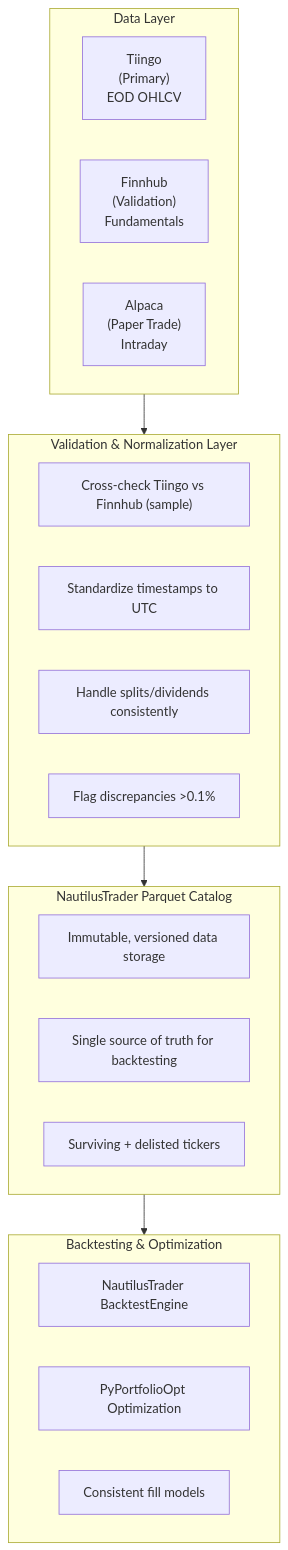
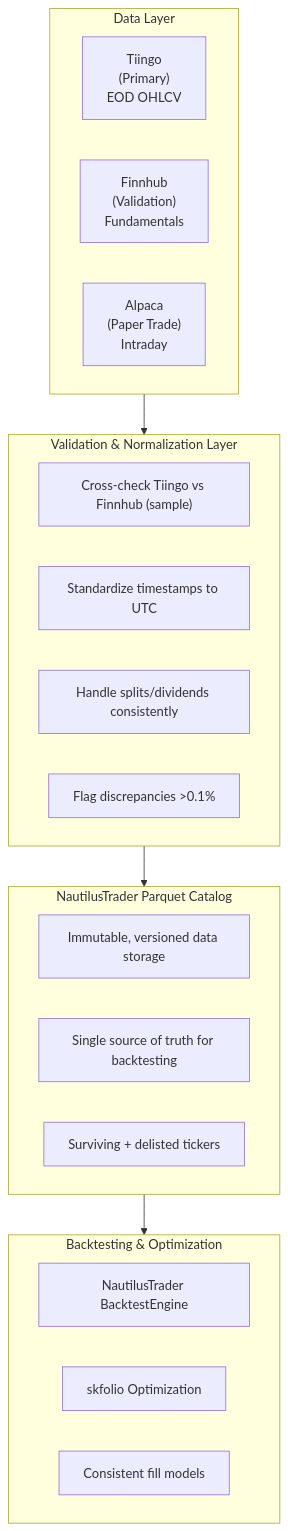
Before and after one commit to huydhoang/quantlens-docs: the fourth of 4 diagrams in data_providers.md, drawn with Mermaid. The commit also changed other lines of this file and 8 other files, not shown here.

Commit message:
docs: switch portfolio optimization decision to skfolio

````diff
--- a/data_providers.md
+++ b/data_providers.md
@@ -252,30 +252,30 @@
 ```mermaid
 flowchart TB
     subgraph DataLayer["Data Layer"]
         direction LR
         T["Tiingo<br/>(Primary)<br/>EOD OHLCV"]
         F["Finnhub<br/>(Validation)<br/>Fundamentals"]
         A["Alpaca<br/>(Paper Trade)<br/>Intraday"]
     end
 
     subgraph ValidLayer["Validation & Normalization Layer"]
         V1["Cross-check Tiingo vs Finnhub (sample)"]
         V2["Standardize timestamps to UTC"]
         V3["Handle splits/dividends consistently"]
         V4["Flag discrepancies >0.1%"]
     end
 
     subgraph CatalogLayer["NautilusTrader Parquet Catalog"]
         C1["Immutable, versioned data storage"]
         C2["Single source of truth for backtesting"]
         C3["Surviving + delisted tickers"]
     end
 
     subgraph ConsumerLayer["Backtesting & Optimization"]
         B1["NautilusTrader BacktestEngine"]
-        B2["PyPortfolioOpt Optimization"]
+        B2["skfolio Optimization"]
         B3["Consistent fill models"]
     end
 
     DataLayer --> ValidLayer --> CatalogLayer --> ConsumerLayer
 ```
````
